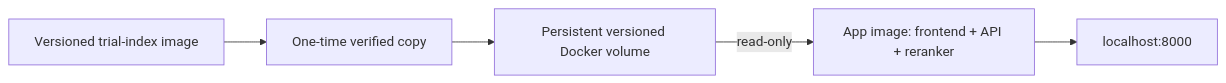
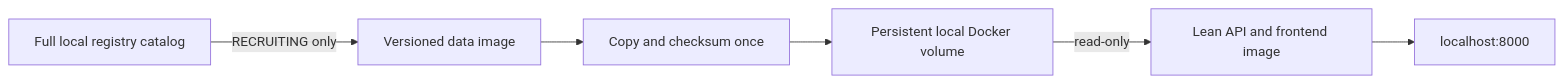
Before and after one commit to ss-941996/clinical-trial-matcher: the diagram in demo/INDEX-IMAGE.md, drawn with Mermaid. The commit also changed other lines of this file and 33 other files, not shown here.

Commit message:
Refresh recruiting registry and prepare lean Azure demo

````diff
--- a/demo/INDEX-IMAGE.md
+++ b/demo/INDEX-IMAGE.md
@@ -37,7 +5,8 @@
 ```mermaid
 flowchart LR
-    DATA["Versioned trial-index image"] --> SEED["One-time verified copy"]
-    SEED --> VOLUME["Persistent versioned Docker volume"]
-    VOLUME -->|"read-only"| APP["App image: frontend + API + reranker"]
-    APP --> BROWSER["localhost:8000"]
+  FULL[Full local registry catalog] -->|RECRUITING only| INDEX[Versioned data image]
+  INDEX --> SEED[Copy and checksum once]
+  SEED --> VOL[Persistent local Docker volume]
+  VOL -->|read-only| APP[Lean API and frontend image]
+  APP --> UI[localhost:8000]
 ```
````
